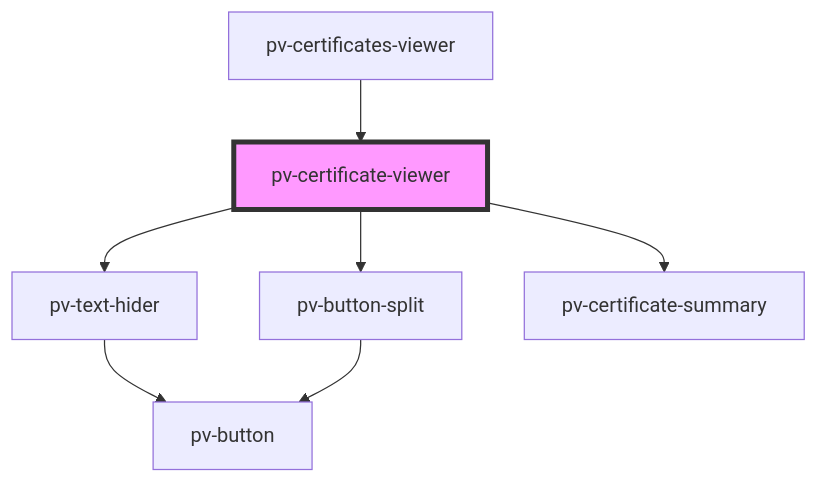
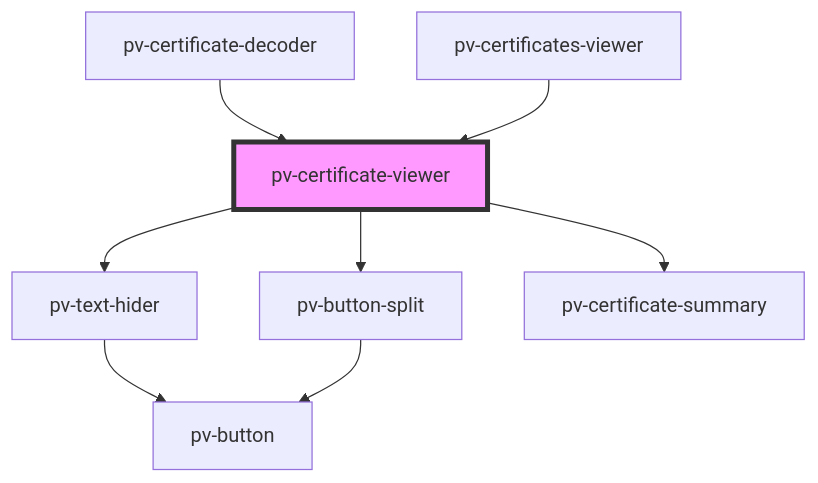
The diagram in src/components/certificate-viewer/readme.md (PeculiarVentures/pv-certificates-viewer), drawn with Mermaid before and after one commit. The commit also changed other lines of this file and 4 other files, not shown here.

````diff
--- a/src/components/certificate-viewer/readme.md
+++ b/src/components/certificate-viewer/readme.md
@@ -34,10 +35,11 @@
 ```mermaid
 graph TD;
   pv-certificate-viewer --> pv-text-hider
   pv-certificate-viewer --> pv-button-split
   pv-certificate-viewer --> pv-certificate-summary
   pv-text-hider --> pv-button
   pv-button-split --> pv-button
+  pv-certificate-decoder --> pv-certificate-viewer
   pv-certificates-viewer --> pv-certificate-viewer
   style pv-certificate-viewer fill:#f9f,stroke:#333,stroke-width:4px
 ```
````
